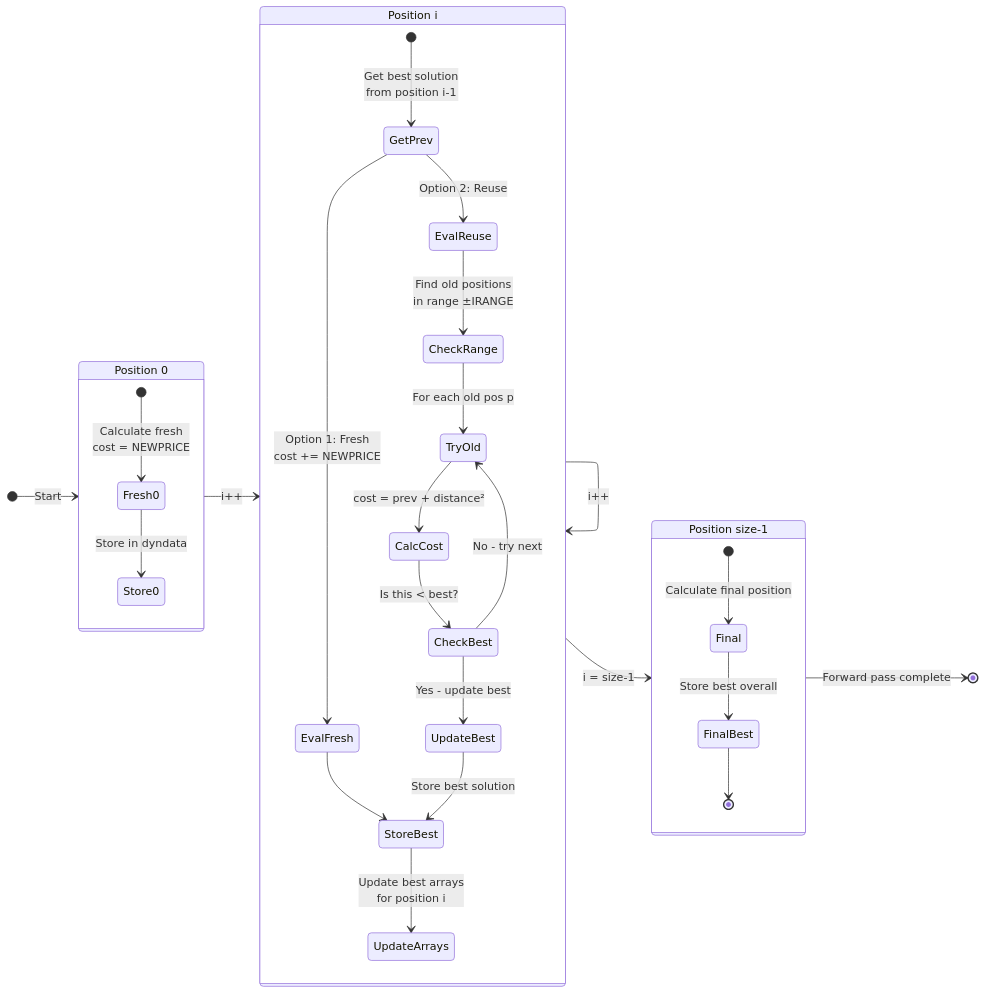
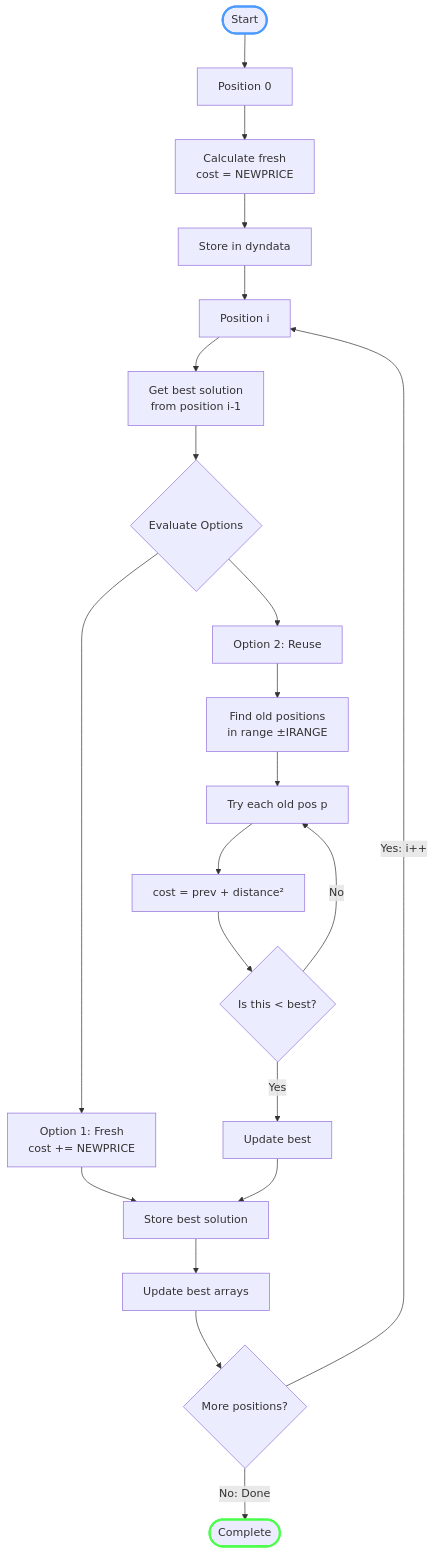
Before and after one commit to xaos-project/XaoS: the third of 7 diagrams in src/engine/zoomviz.md, drawn with Mermaid. The commit also changed other lines of this file, not shown here.

````diff
--- a/src/engine/zoomviz.md
+++ b/src/engine/zoomviz.md
@@ -76,41 +74,30 @@
 ```mermaid
-stateDiagram-v2
-    direction LR
+flowchart TD
+    Start([Start]) --> Pos0[Position 0]
+    Pos0 --> Fresh0[Calculate fresh<br/>cost = NEWPRICE]
+    Fresh0 --> Store0[Store in dyndata]
+    Store0 --> PosI[Position i]
 
-    [*] --> Pos_0: Start
+    PosI --> GetPrev[Get best solution<br/>from position i-1]
+    GetPrev --> Decision{Evaluate Options}
 
-    state "Position 0" as Pos_0 {
-        [*] --> Fresh0: Calculate fresh<br/>cost = NEWPRICE
-        Fresh0 --> Store0: Store in dyndata
-    }
+    Decision --> EvalFresh[Option 1: Fresh<br/>cost += NEWPRICE]
+    EvalFresh --> StoreBest
 
-    state "Position i" as Pos_i {
-        [*] --> GetPrev: Get best solution<br/>from position i-1
+    Decision --> EvalReuse[Option 2: Reuse]
+    EvalReuse --> CheckRange[Find old positions<br/>in range ±IRANGE]
+    CheckRange --> TryLoop[Try each old pos p]
+    TryLoop --> CalcCost[cost = prev + distance²]
+    CalcCost --> CheckBest{Is this < best?}
+    CheckBest -->|Yes| UpdateBest[Update best]
+    CheckBest -->|No| TryLoop
+    UpdateBest --> StoreBest
 
-        GetPrev --> EvalFresh: Option 1: Fresh<br/>cost += NEWPRICE
-        GetPrev --> EvalReuse: Option 2: Reuse
+    StoreBest[Store best solution] --> UpdateArrays[Update best arrays]
+    UpdateArrays --> MorePos{More positions?}
+    MorePos -->|Yes: i++| PosI
+    MorePos -->|No: Done| Done([Complete])
 
-        EvalReuse --> CheckRange: Find old positions<br/>in range ±IRANGE
-
-        CheckRange --> TryOld: For each old pos p
-        TryOld --> CalcCost: cost = prev + distance²
-        CalcCost --> CheckBest: Is this < best?
-        CheckBest --> UpdateBest: Yes - update best
-        CheckBest --> TryOld: No - try next
-
-        EvalFresh --> StoreBest
-        UpdateBest --> StoreBest: Store best solution
-        StoreBest --> UpdateArrays: Update best arrays<br/>for position i
-    }
-
-    state "Position size-1" as Pos_n {
-        [*] --> Final: Calculate final position
-        Final --> FinalBest: Store best overall
-        FinalBest --> [*]
-    }
-
-    Pos_0 --> Pos_i: i++
-    Pos_i --> Pos_i: i++
-    Pos_i --> Pos_n: i = size-1
-    Pos_n --> [*]: Forward pass complete
+    style Start stroke:#4a9aff,stroke-width:3px
+    style Done stroke:#4aff4a,stroke-width:3px
 ```
````
